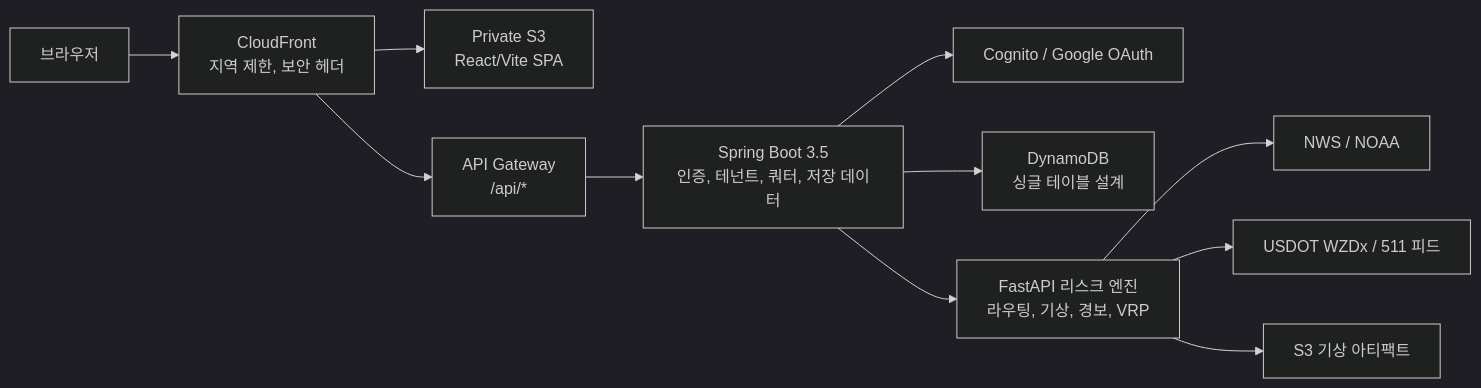
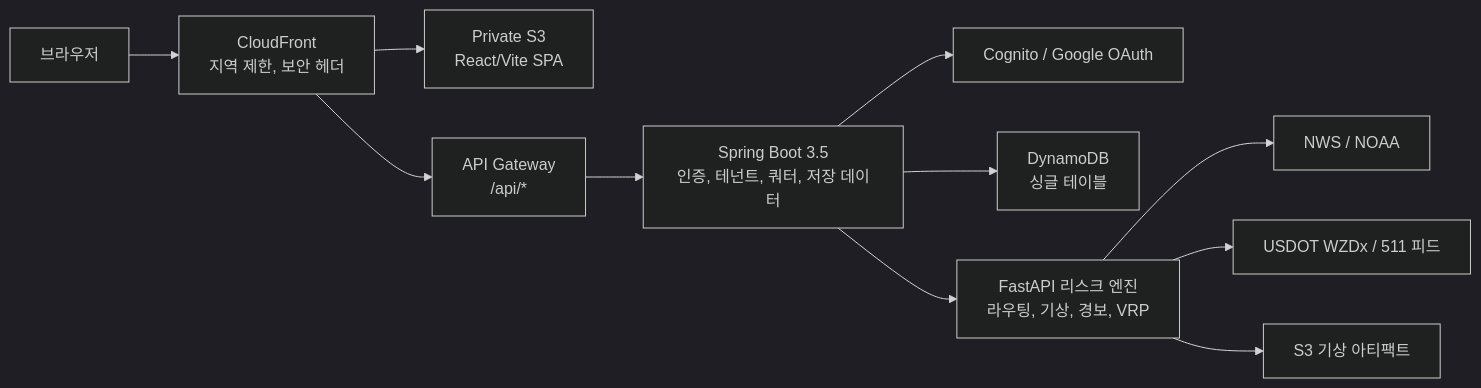
One commit to signalgap9-del/peachtree-dispatch changed the diagram in README.ko.md. Above: the diagram before and after it, drawn with Mermaid (dark theme). The commit also changed other lines of this file, not shown here.

````diff
--- a/README.ko.md
+++ b/README.ko.md
@@ -34,13 +33,13 @@
 ```mermaid
 flowchart LR
   User["브라우저"] --> CF["CloudFront<br/>지역 제한, 보안 헤더"]
   CF --> S3["Private S3<br/>React/Vite SPA"]
   CF --> APIGW["API Gateway<br/>/api/*"]
   APIGW --> Spring["Spring Boot 3.5<br/>인증, 테넌트, 쿼터, 저장 데이터"]
   Spring --> Cognito["Cognito / Google OAuth"]
-  Spring --> DDB["DynamoDB<br/>싱글 테이블 설계"]
+  Spring --> DDB["DynamoDB<br/>싱글 테이블"]
   Spring --> Risk["FastAPI 리스크 엔진<br/>라우팅, 기상, 경보, VRP"]
   Risk --> NWS["NWS / NOAA"]
   Risk --> WZDX["USDOT WZDx / 511 피드"]
   Risk --> S3Data["S3 기상 아티팩트"]
 ```
````
